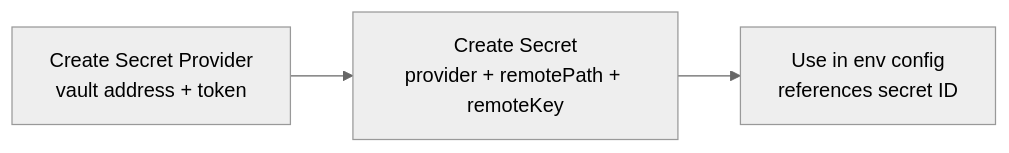
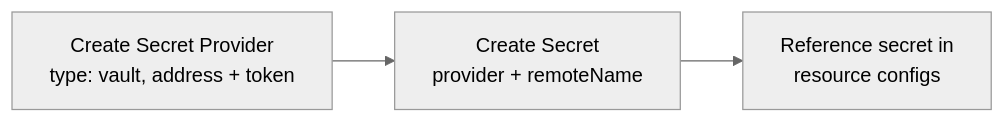
The second of 2 diagrams in architecture/providers.md (agynio/architecture), drawn with Mermaid (neutral theme) before and after one commit. The commit also changed other lines of this file and 1 other file, not shown here.

First line of the commit message:
Fix provider/secret resource definitions per review

````diff
--- a/architecture/providers.md
+++ b/architecture/providers.md
@@ -131,5 +121,5 @@
 ```mermaid
 flowchart LR
-    A[Create Secret Provider<br/>vault address + token] --> B[Create Secret<br/>provider + remotePath + remoteKey]
-    B --> C[Use in env config<br/>references secret ID]
+    A[Create Secret Provider<br/>type: vault, address + token] --> B[Create Secret<br/>provider + remoteName]
+    B --> C[Reference secret in<br/>resource configs]
 ```
````
